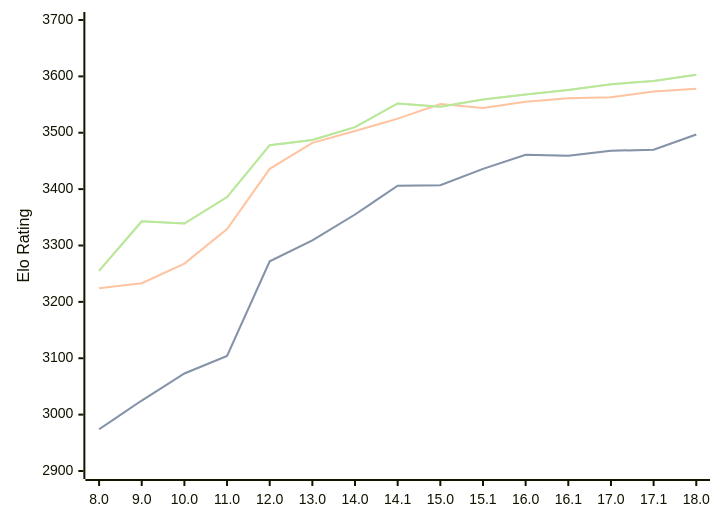
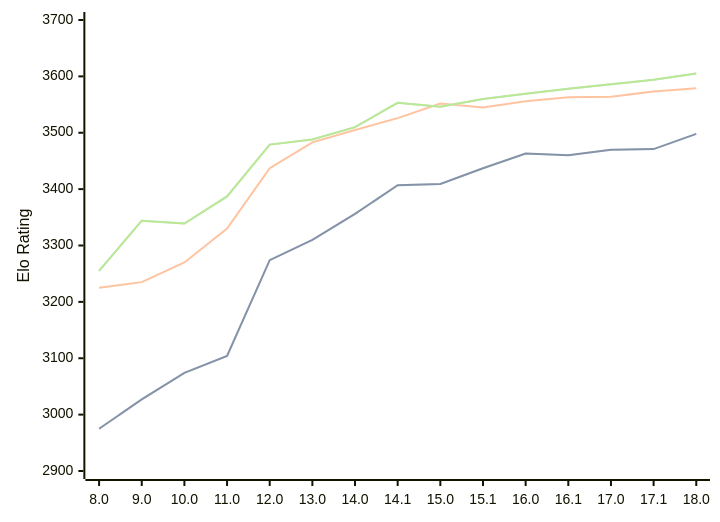
One commit to computer-chess-index/cci changed the diagram in engines/Stockfish.md. Above: the diagram before and after it, drawn with Mermaid. The commit also changed other lines of this file, not shown here.

Commit message:
Update CCI Ratings (ELO VLTC) - 2026-07-23

````diff
--- a/engines/Stockfish.md
+++ b/engines/Stockfish.md
@@ -46,11 +46,11 @@
 ```mermaid
 %%{init: {"theme":"base","themeVariables":{"seriesColors:['#a3a3a3','#222221','#faa371']}}}%%
 xychart-beta
   x-axis ["8.0", "9.0", "10.0", "11.0", "12.0", "13.0", "14.0", "14.1", "15.0", "15.1", "16.0", "16.1", "17.0", "17.1", "18.0"]
   y-axis "Elo Rating" 2900 --> 3700
-  line "STC (8.0+0.08s)" [2974, 3025, 3073, 3104, 3272, 3309, 3355, 3406, 3407, 3436, 3461, 3459, 3468, 3470, 3497]
-  line "STC (8.0+0.08s)" [2974, 3025, 3073, 3104, 3272, 3309, 3355, 3406, 3407, 3436, 3461, 3459, 3468, 3470, 3497]
-  line "LTC (60.0+0.60s)" [3224, 3233, 3268, 3329, 3436, 3482, 3503, 3525, 3551, 3544, 3555, 3561, 3563, 3573, 3578]
-  line "VLTC (2m24s+1.12s)" [3255, 3343, 3339, 3386, 3478, 3487, 3510, 3552, 3546, 3559, 3568, 3576, 3586, 3592, 3603]
-  line "VLTC (2m24s+1.12s)" [3255, 3343, 3339, 3386, 3478, 3487, 3510, 3552, 3546, 3559, 3568, 3576, 3586, 3592, 3603]
+  line "STC (8.0+0.08s)" [2975, 3027, 3074, 3104, 3274, 3310, 3356, 3407, 3409, 3437, 3463, 3460, 3470, 3471, 3498]
+  line "STC (8.0+0.08s)" [2975, 3027, 3074, 3104, 3274, 3310, 3356, 3407, 3409, 3437, 3463, 3460, 3470, 3471, 3498]
+  line "LTC (60.0+0.60s)" [3225, 3235, 3270, 3330, 3437, 3483, 3505, 3526, 3552, 3545, 3556, 3563, 3564, 3573, 3579]
+  line "VLTC (2m24s+1.12s)" [3255, 3344, 3339, 3387, 3479, 3488, 3510, 3553, 3546, 3560, 3569, 3578, 3586, 3594, 3605]
+  line "VLTC (2m24s+1.12s)" [3255, 3344, 3339, 3387, 3479, 3488, 3510, 3553, 3546, 3560, 3569, 3578, 3586, 3594, 3605]
 ```
````
